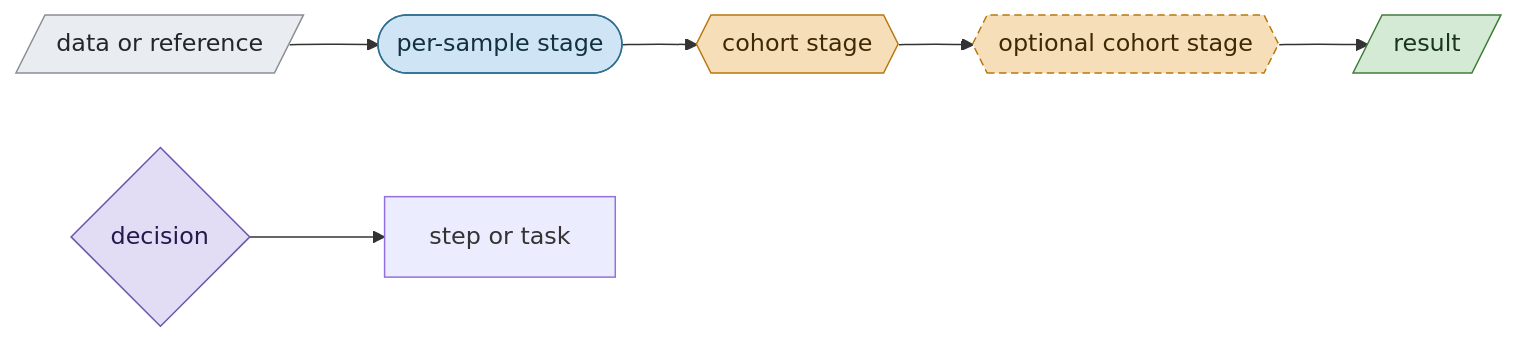
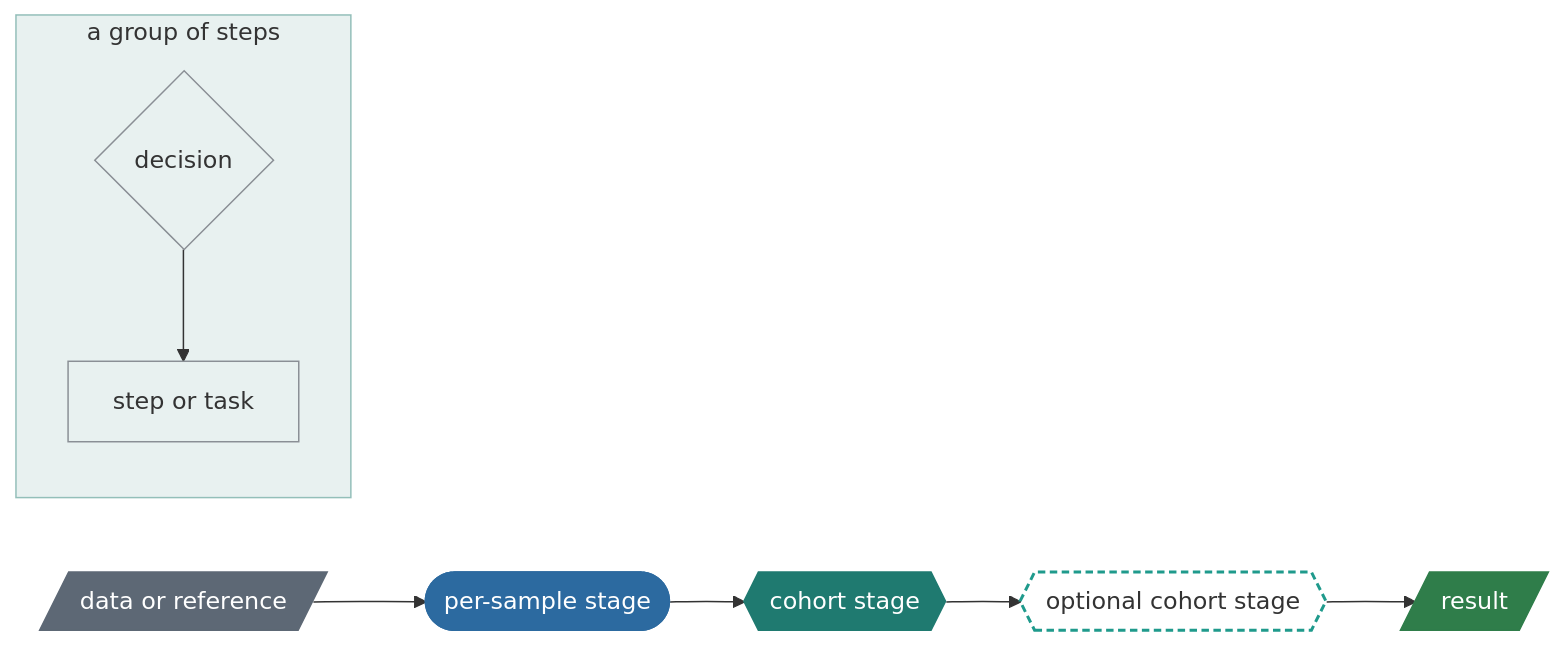
Before and after one commit to UppsalaGenomeCenter/ugc-wgw: the diagram in docs/guide/README.md, drawn with Mermaid. The commit also changed other lines of this file and 51 other files, not shown here.

````diff
--- a/docs/guide/README.md
+++ b/docs/guide/README.md
@@ -54,11 +54,16 @@
 ```mermaid
 flowchart LR
   d[/"data or reference"/]:::data --> s(["per-sample stage"]):::sample --> c{{"cohort stage"}}:::cohort --> o{{"optional cohort stage"}}:::optional --> r[/"result"/]:::result
-  q{"decision"}:::decision --> t["step or task"]
-  classDef sample fill:#cfe4f5,stroke:#2f6f8f,color:#12303f
-  classDef cohort fill:#f6dfb8,stroke:#b9770e,color:#3d2a05
-  classDef optional fill:#f6dfb8,stroke:#b9770e,color:#3d2a05,stroke-dasharray:5 3
-  classDef data fill:#e9edf1,stroke:#8a8f95,color:#22272e
-  classDef result fill:#d5ead4,stroke:#3f7d3c,color:#17361a
-  classDef decision fill:#e3dcf5,stroke:#6b56b0,color:#241a4d
+  subgraph g["a group of steps"]
+    q{"decision"}:::decision --> t["step or task"]
+  end
+  classDef default fill:none,stroke:#8a8f95
+  classDef sample fill:#2c6aa0,stroke:#2c6aa0,color:#ffffff
+  classDef cohort fill:#1f7a70,stroke:#1f7a70,color:#ffffff
+  classDef optional fill:none,stroke:#1f9a8c,stroke-width:2px,stroke-dasharray:5 3
+  classDef data fill:#5d6875,stroke:#5d6875,color:#ffffff
+  classDef result fill:#2f7d4a,stroke:#2f7d4a,color:#ffffff
+  classDef decision fill:none,stroke:#8a8f95
+  classDef box fill:#1f7a70,fill-opacity:0.10,stroke:#1f7a70,stroke-opacity:0.45
+  class g box
 ```
````
